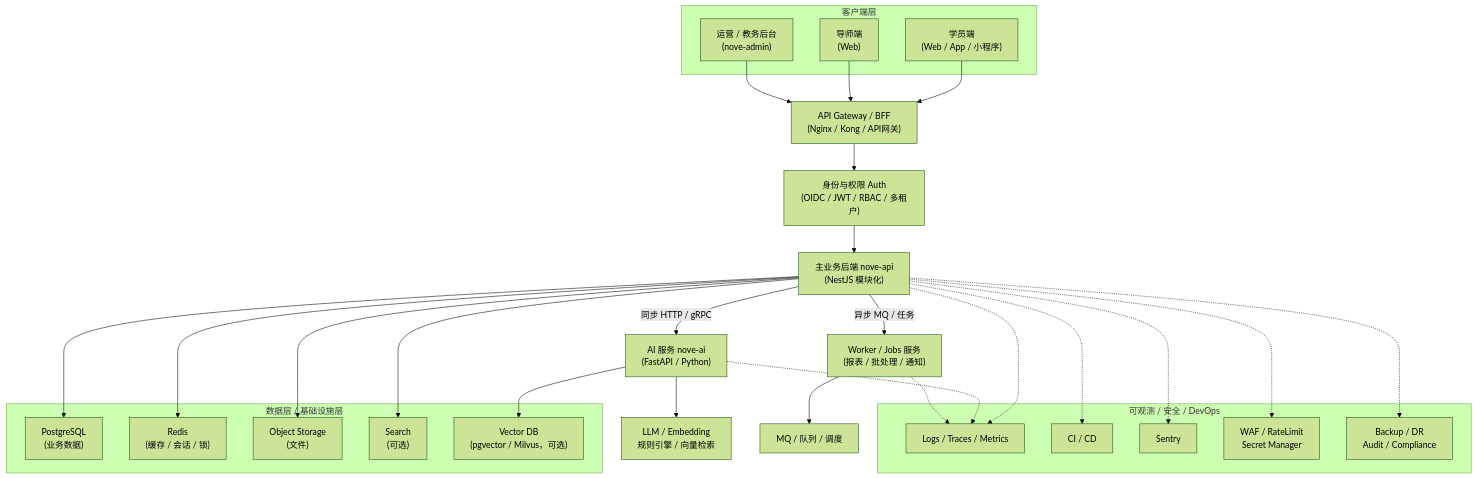
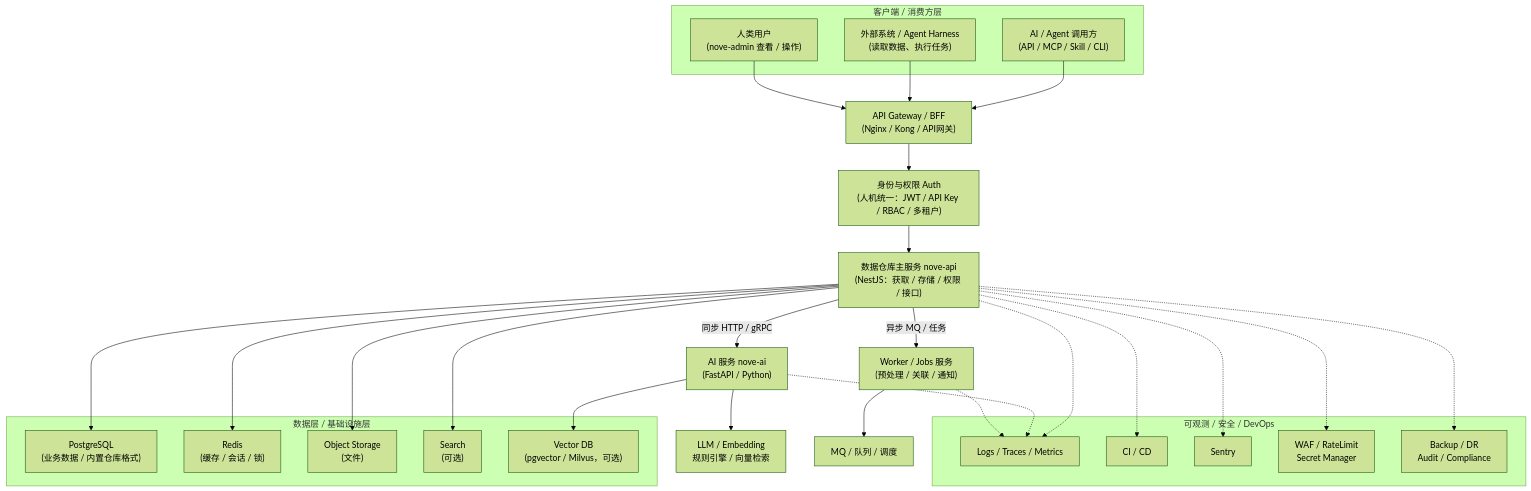
One commit to lulabs-org/nove-doc changed the first of 2 diagrams in architecture/system-overview.md. Above: the diagram before and after it, drawn with Mermaid (forest theme). The commit also changed other lines of this file and 14 other files, not shown here.

````diff
--- a/architecture/system-overview.md
+++ b/architecture/system-overview.md
@@ -76,74 +48,74 @@
 ```mermaid
 flowchart TB
-    %% ───────────── 客户端层 ─────────────
-    subgraph Client["客户端层"]
-        C1["学员端<br/>(Web / App / 小程序)"]
-        C2["导师端<br/>(Web)"]
-        C3["运营 / 教务后台<br/>(nove-admin)"]
+    %% ───────────── 客户端 / 消费方层 ─────────────
+    subgraph Client["客户端 / 消费方层"]
+        C1["AI / Agent 调用方<br/>(API / MCP / Skill / CLI)"]
+        C2["外部系统 / Agent Harness<br/>(读取数据、执行任务)"]
+        C3["人类用户<br/>(nove-admin 查看 / 操作)"]
     end
 
     %% ───────────── API Gateway ─────────────
     GW["API Gateway / BFF<br/>(Nginx / Kong / API网关)"]
 
     %% ───────────── 认证与权限 ─────────────
-    AUTH["身份与权限 Auth<br/>(OIDC / JWT / RBAC / 多租户)"]
+    AUTH["身份与权限 Auth<br/>(人机统一：JWT / API Key / RBAC / 多租户)"]
 
-    %% ───────────── 主业务后端 ─────────────
-    API["主业务后端 nove-api<br/>(NestJS 模块化)"]
+    %% ───────────── 数据仓库主服务 ─────────────
+    API["数据仓库主服务 nove-api<br/>(NestJS：获取 / 存储 / 权限 / 接口)"]
 
     %% ───────────── AI 与任务 ─────────────
     AI["AI 服务 nove-ai<br/>(FastAPI / Python)"]
-    WORKER["Worker / Jobs 服务<br/>(报表 / 批处理 / 通知)"]
+    WORKER["Worker / Jobs 服务<br/>(预处理 / 关联 / 通知)"]
 
     %% ───────────── AI 内部能力 ─────────────
     LLM["LLM / Embedding<br/>规则引擎 / 向量检索"]
     MQ["MQ / 队列 / 调度"]
 
     %% ───────────── 数据层 ─────────────
     subgraph Data["数据层 / 基础设施层"]
-        DB["PostgreSQL<br/>(业务数据)"]
+        DB["PostgreSQL<br/>(业务数据 / 内置仓库格式)"]
         REDIS["Redis<br/>(缓存 / 会话 / 锁)"]
         OBJ["Object Storage<br/>(文件)"]
         SEARCH["Search<br/>(可选)"]
         VECTOR["Vector DB<br/>(pgvector / Milvus，可选)"]
     end
 
     %% ───────────── 可观测 & DevOps ─────────────
     subgraph OPS["可观测 / 安全 / DevOps"]
         OBS["Logs / Traces / Metrics"]
         CICD["CI / CD"]
         SENTRY["Sentry"]
         SEC["WAF / RateLimit<br/>Secret Manager"]
         BACKUP["Backup / DR<br/>Audit / Compliance"]
     end
 
     %% ───────────── 连接关系 ─────────────
     C1 --> GW
     C2 --> GW
     C3 --> GW
 
     GW --> AUTH
     AUTH --> API
 
     API -->|同步 HTTP / gRPC| AI
     API -->|异步 MQ / 任务| WORKER
 
     AI --> LLM
     WORKER --> MQ
 
     API --> DB
     API --> REDIS
     API --> OBJ
     API --> SEARCH
     AI --> VECTOR
 
     %% 运维关联（虚线）
     API -.-> OBS
     AI -.-> OBS
     WORKER -.-> OBS
 
     API -.-> CICD
     API -.-> SENTRY
     API -.-> SEC
     API -.-> BACKUP
 ```
````
